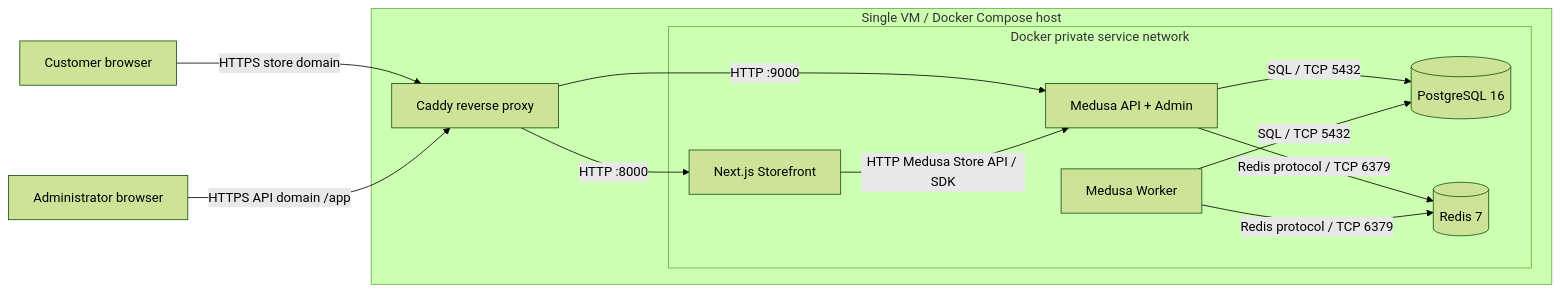
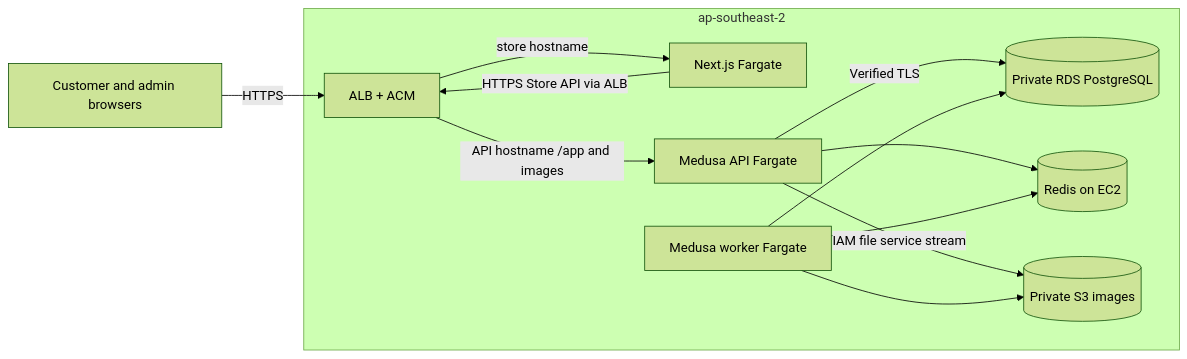
Before and after one commit to kieuquy283/EnterpriseE-commercePlatform: the first of 5 diagrams in docs/architecture/cloud-system-architecture.md, drawn with Mermaid (forest theme). The commit also changed other lines of this file and 30 other files, not shown here.

Commit message:
docs: align cloud architecture and record deployment evidence

````diff
--- a/docs/architecture/cloud-system-architecture.md
+++ b/docs/architecture/cloud-system-architecture.md
@@ -29,22 +35,15 @@
 ```mermaid
 flowchart LR
-    Customer[Customer browser] -->|HTTPS store domain| Caddy
-    Admin[Administrator browser] -->|HTTPS API domain /app| Caddy
-    subgraph VM[Single VM / Docker Compose host]
-        Caddy[Caddy reverse proxy]
-        subgraph Private[Docker private service network]
-            Next[Next.js Storefront]
-            API[Medusa API + Admin]
-            Worker[Medusa Worker]
-            PG[(PostgreSQL 16)]
-            Redis[(Redis 7)]
-        end
+    Browser[Customer and admin browsers] -->|HTTPS| ALB[ALB + ACM]
+    subgraph AWS[ap-southeast-2]
+        ALB -->|store hostname| Next[Next.js Fargate]
+        ALB -->|API hostname /app and images| API[Medusa API Fargate]
+        Next -->|HTTPS Store API via ALB| ALB
+        API -->|Verified TLS| PG[(Private RDS PostgreSQL)]
+        API --> Redis[(Redis on EC2)]
+        Worker[Medusa worker Fargate] --> PG
+        Worker --> Redis
+        API -->|IAM file service stream| S3[(Private S3 images)]
+        Worker --> S3
     end
-    Caddy -->|HTTP :8000| Next
-    Caddy -->|HTTP :9000| API
-    Next -->|HTTP Medusa Store API / SDK| API
-    API -->|SQL / TCP 5432| PG
-    API -->|Redis protocol / TCP 6379| Redis
-    Worker -->|SQL / TCP 5432| PG
-    Worker -->|Redis protocol / TCP 6379| Redis
 ```
````
